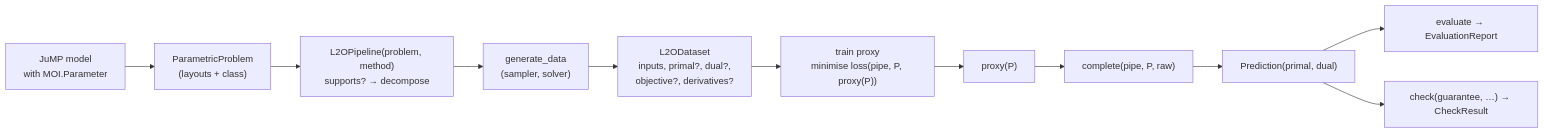
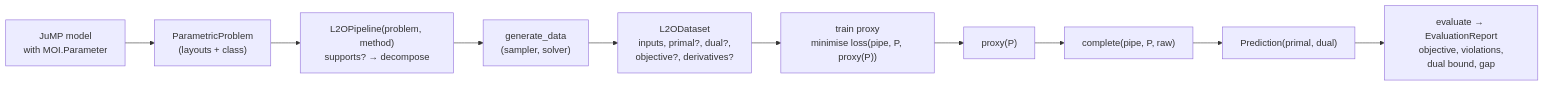
Before and after one commit to LearningToOptimize/LearningToOptimize.jl: the third of 5 diagrams in docs/src/design.md, drawn with Mermaid. The commit also changed other lines of this file and 5 other files, not shown here.

````diff
--- a/docs/src/design.md
+++ b/docs/src/design.md
@@ -127,13 +119,12 @@
 ```mermaid
 flowchart LR
     M["JuMP model<br/>with MOI.Parameter"] --> PP["ParametricProblem<br/>(layouts + class)"]
     PP --> PIPE["L2OPipeline(problem, method)<br/>supports? → decompose"]
     PIPE --> GD["generate_data<br/>(sampler, solver)"]
     GD --> DS["L2ODataset<br/>inputs, primal?, dual?,<br/>objective?, derivatives?"]
     DS --> TR["train proxy<br/>minimise loss(pipe, P, proxy(P))"]
     TR --> PX["proxy(P)"]
     PX --> CO["complete(pipe, P, raw)"]
     CO --> PR["Prediction(primal, dual)"]
-    PR --> EV["evaluate → EvaluationReport"]
-    PR --> CH["check(guarantee, …) → CheckResult"]
+    PR --> EV["evaluate → EvaluationReport<br/>objective, violations,<br/>dual bound, gap"]
 ```
````
